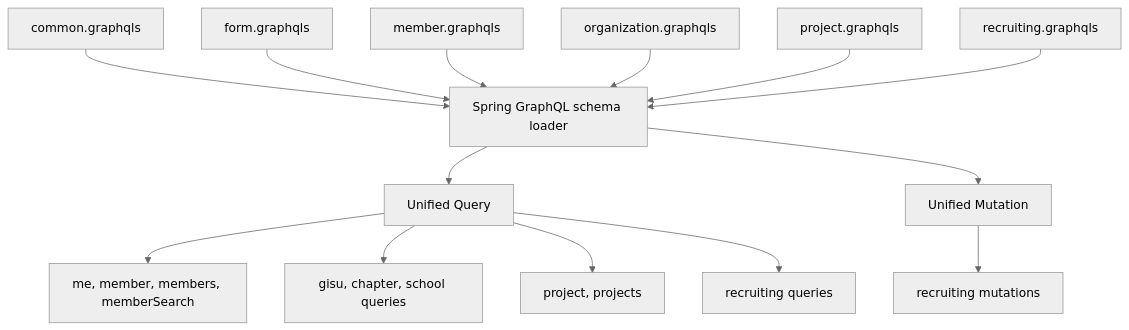
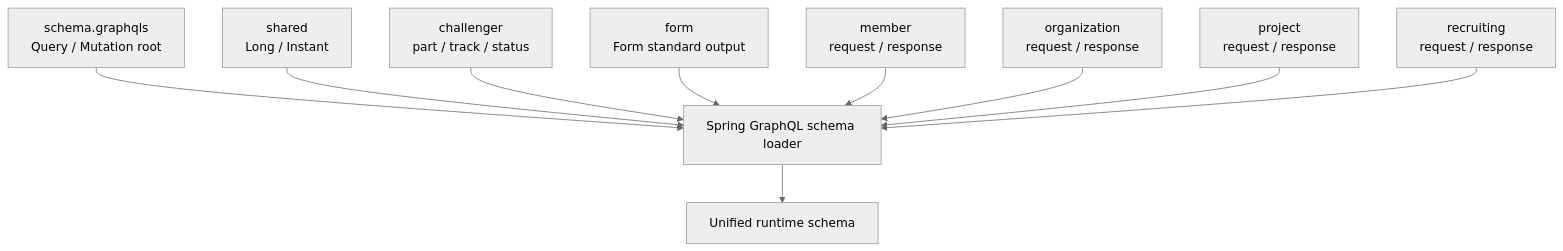
The first of 4 diagrams in docs/onboarding/graphql/schema-relationships.md (UMC-PRODUCT/cygnus-server), drawn with Mermaid (neutral theme) before and after one commit. The commit also changed other lines of this file and 37 other files, not shown here.

Commit message:
refactor: GraphQL 도메인 IDL 경계 분리

````diff
--- a/docs/onboarding/graphql/schema-relationships.md
+++ b/docs/onboarding/graphql/schema-relationships.md
@@ -21,17 +8,12 @@
 ```mermaid
 flowchart TB
-  Common["common.graphqls"] --> Loader["Spring GraphQL schema loader"]
-  FormFile["form.graphqls"] --> Loader
-  MemberFile["member.graphqls"] --> Loader
-  OrganizationFile["organization.graphqls"] --> Loader
-  ProjectFile["project.graphqls"] --> Loader
-  RecruitingFile["recruiting.graphqls"] --> Loader
-  Loader --> Query["Unified Query"]
-  Loader --> Mutation["Unified Mutation"]
-
-  Query --> MemberQuery["me, member, members, memberSearch"]
-  Query --> OrganizationQuery["gisu, chapter, school queries"]
-  Query --> ProjectQuery["project, projects"]
-  Query --> RecruitingQuery["recruiting queries"]
-  Mutation --> RecruitingMutation["recruiting mutations"]
+  Root["schema.graphqls<br/>Query / Mutation root"] --> Loader["Spring GraphQL schema loader"]
+  Shared["shared<br/>Long / Instant"] --> Loader
+  Challenger["challenger<br/>part / track / status"] --> Loader
+  Form["form<br/>Form standard output"] --> Loader
+  Member["member<br/>request / response"] --> Loader
+  Organization["organization<br/>request / response"] --> Loader
+  Project["project<br/>request / response"] --> Loader
+  Recruiting["recruiting<br/>request / response"] --> Loader
+  Loader --> Schema["Unified runtime schema"]
 ```
````
